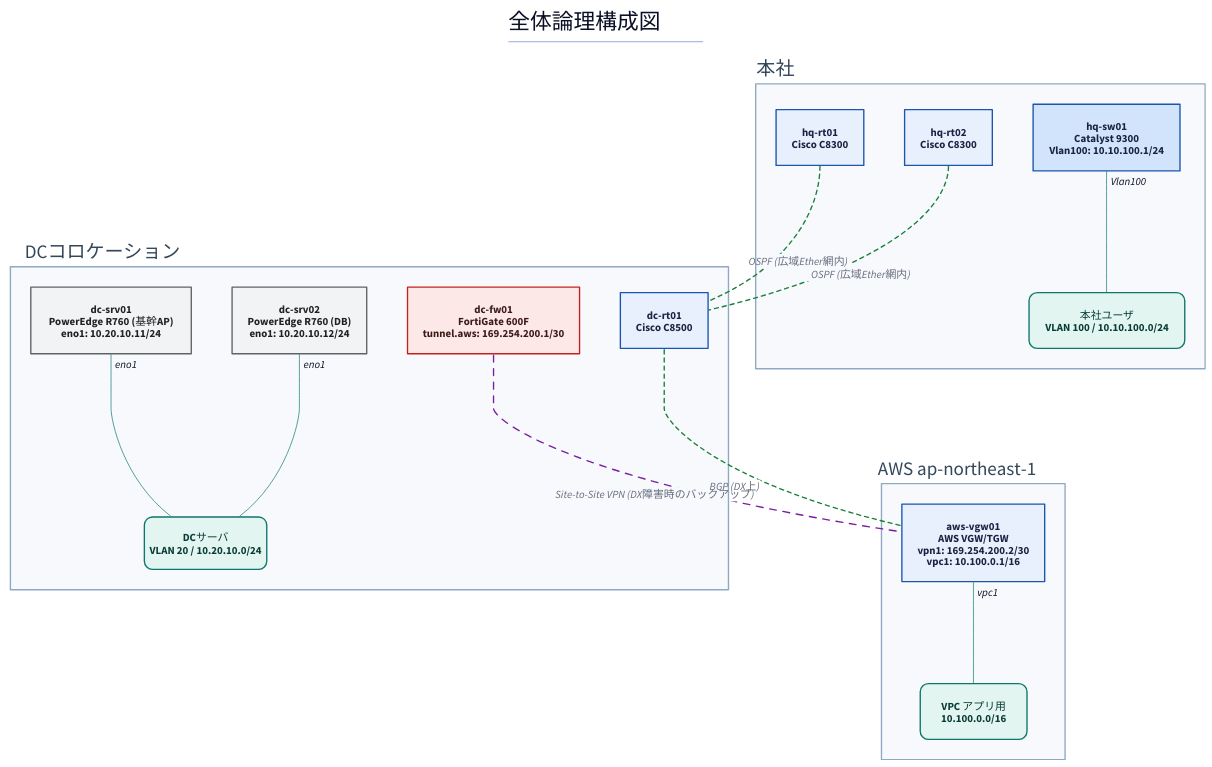
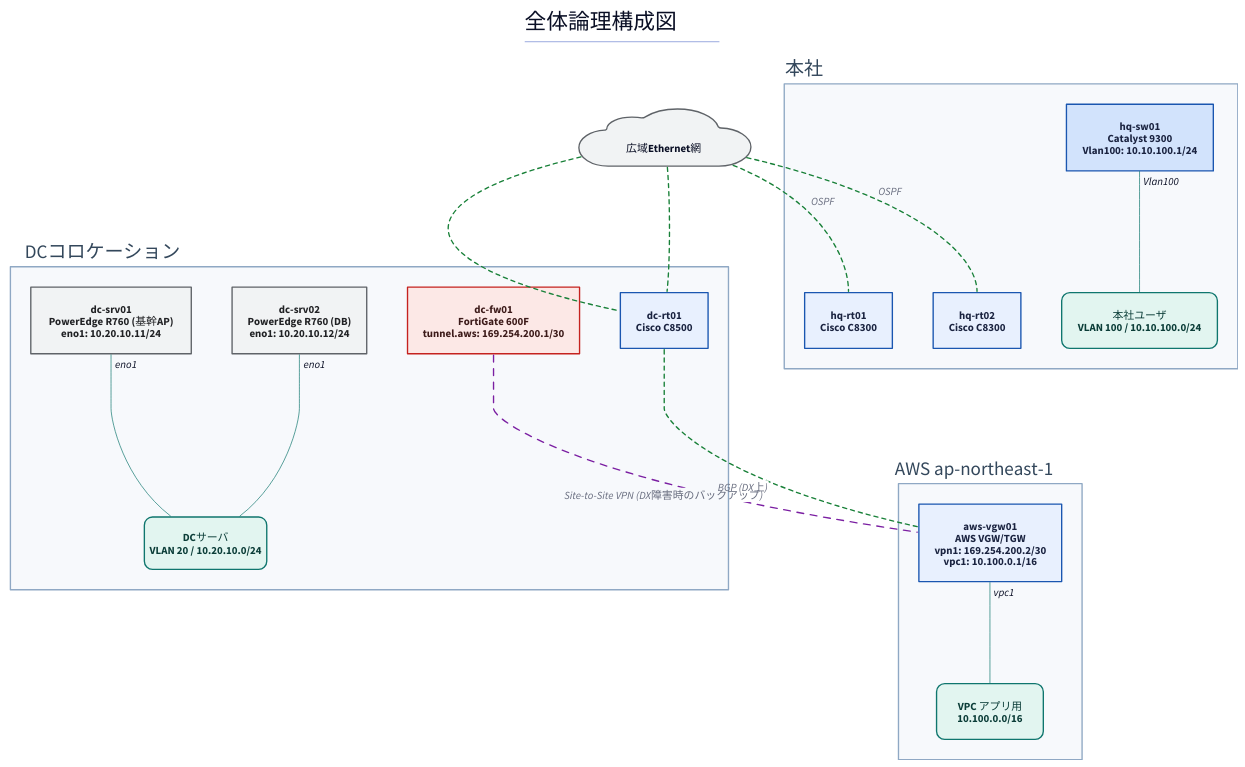
One commit to thinas1115/nwdsl changed the diagram in examples/hq-dc-cloud/generated/logical-all.d2. Above: the diagram before and after it, drawn with D2. The commit also changed 52 other files, not shown here.

First line of the commit message:
論理図の表現改善: D2エリア名ラベル復活 / 面塗りフラット化 / via による網経由描画

```diff
--- a/examples/hq-dc-cloud/generated/logical-all.d2
+++ b/examples/hq-dc-cloud/generated/logical-all.d2
@@ -1,58 +1,62 @@
 title: |md
   # 全体論理構成図
 | {near: top-center}
 direction: down
 
 classes: {
   role-router: {style.fill: "#e8f0fe"; style.stroke: "#1a56b0"; style.font-color: "#1a2340"}
   role-l3switch: {style.fill: "#d2e3fc"; style.stroke: "#1a56b0"; style.font-color: "#1a2340"}
   role-l2switch: {style.fill: "#e6f4ea"; style.stroke: "#137333"; style.font-color: "#1a2e1f"}
   role-firewall: {style.fill: "#fce8e6"; style.stroke: "#c5221f"; style.font-color: "#3c1a19"}
   role-other: {style.fill: "#f1f3f4"; style.stroke: "#5f6368"; style.font-color: "#202124"}
   node-cloud: {shape: cloud; style.fill: "#f1f3f4"; style.stroke: "#5f6368"}
   node-site: {style.fill: "#fff8e1"; style.stroke: "#b58105"; style.font-color: "#4a3a08"}
   node-segment: {style.fill: "#e2f5f0"; style.stroke: "#0f766e"; style.font-color: "#0b3d38"; style.border-radius: 12}
   node-external: {style.fill: "#ffffff"; style.stroke: "#9aa0a6"; style.stroke-dash: 3}
   group-site: {style.fill: "#f7f9fc"; style.stroke: "#8fa8c4"; style.font-color: "#33475b"}
   edge-label: {style.fill: "transparent"; style.stroke: "transparent"; style.font-size: 14; style.font-color: "#5f6368"; style.italic: true}
   edge-lan-cable: {style.stroke: "#4a4a4a"; style.stroke-width: 2}
   edge-wan-circuit: {style.stroke: "#1a73e8"; style.stroke-width: 4}
   edge-tunnel: {style.stroke: "#7b1fa2"; style.stroke-width: 2; style.stroke-dash: 5}
   edge-logical: {style.stroke: "#188038"; style.stroke-width: 2; style.stroke-dash: 3}
   edge-segment: {style.stroke: "#0f766e"; style.stroke-width: 1}
 }
 
 s_dc: "DCコロケーション" {
   class: group-site
   label.near: outside-top-left
   n_dc_fw01: "dc-fw01\nFortiGate 600F\ntunnel.aws: 169.254.200.1/30" {class: role-firewall}
   n_dc_rt01: "dc-rt01\nCisco C8500" {class: role-router}
   n_dc_srv01: "dc-srv01\nPowerEdge R760 (基幹AP)\neno1: 10.20.10.11/24" {class: role-other}
   n_dc_srv02: "dc-srv02\nPowerEdge R760 (DB)\neno1: 10.20.10.12/24" {class: role-other}
   n_seg__dc_servers: "DCサーバ\nVLAN 20 / 10.20.10.0/24" {class: node-segment; width: 180}
 }
 
 s_aws: "AWS ap-northeast-1" {
   class: group-site
   label.near: outside-top-left
   n_aws_vgw01: "aws-vgw01\nAWS VGW/TGW\nvpn1: 169.254.200.2/30\nvpc1: 10.100.0.1/16" {class: role-router}
   n_seg__aws_vpc_app: "VPC アプリ用\n10.100.0.0/16" {class: node-segment}
 }
 
 s_hq: "本社" {
   class: group-site
   label.near: outside-top-left
   n_hq_rt01: "hq-rt01\nCisco C8300" {class: role-router}
   n_hq_rt02: "hq-rt02\nCisco C8300" {class: role-router}
   n_hq_sw01: "hq-sw01\nCatalyst 9300\nVlan100: 10.10.100.1/24" {class: role-l3switch}
   n_seg__hq_users: "本社ユーザ\nVLAN 100 / 10.10.100.0/24" {class: node-segment}
 }
 
+n_wide_ether: "　広域Ethernet網　" {class: node-cloud}
+
 s_dc.n_dc_fw01 -- s_aws.n_aws_vgw01: "Site-to-Site VPN (DX障害時のバックアップ)" {class: edge-tunnel}
-s_hq.n_hq_rt01 -- s_dc.n_dc_rt01: "OSPF (広域Ether網内)" {class: edge-logical}
-s_hq.n_hq_rt02 -- s_dc.n_dc_rt01: "OSPF (広域Ether網内)" {class: edge-logical}
+n_wide_ether -- s_hq.n_hq_rt01: "OSPF" {class: edge-logical}
+n_wide_ether -- s_dc.n_dc_rt01 {class: edge-logical}
+n_wide_ether -- s_hq.n_hq_rt02: "OSPF" {class: edge-logical}
+n_wide_ether -- s_dc.n_dc_rt01 {class: edge-logical}
 s_dc.n_dc_rt01 -- s_aws.n_aws_vgw01: "BGP (DX上)" {class: edge-logical}
 s_hq.n_hq_sw01 -- s_hq.n_seg__hq_users {class: edge-segment; source-arrowhead.label: "Vlan100"}
 s_dc.n_dc_srv01 -- s_dc.n_seg__dc_servers {class: edge-segment; source-arrowhead.label: "eno1"}
 s_dc.n_dc_srv02 -- s_dc.n_seg__dc_servers {class: edge-segment; source-arrowhead.label: "eno1"}
 s_aws.n_aws_vgw01 -- s_aws.n_seg__aws_vpc_app {class: edge-segment; source-arrowhead.label: "vpc1"}
```
